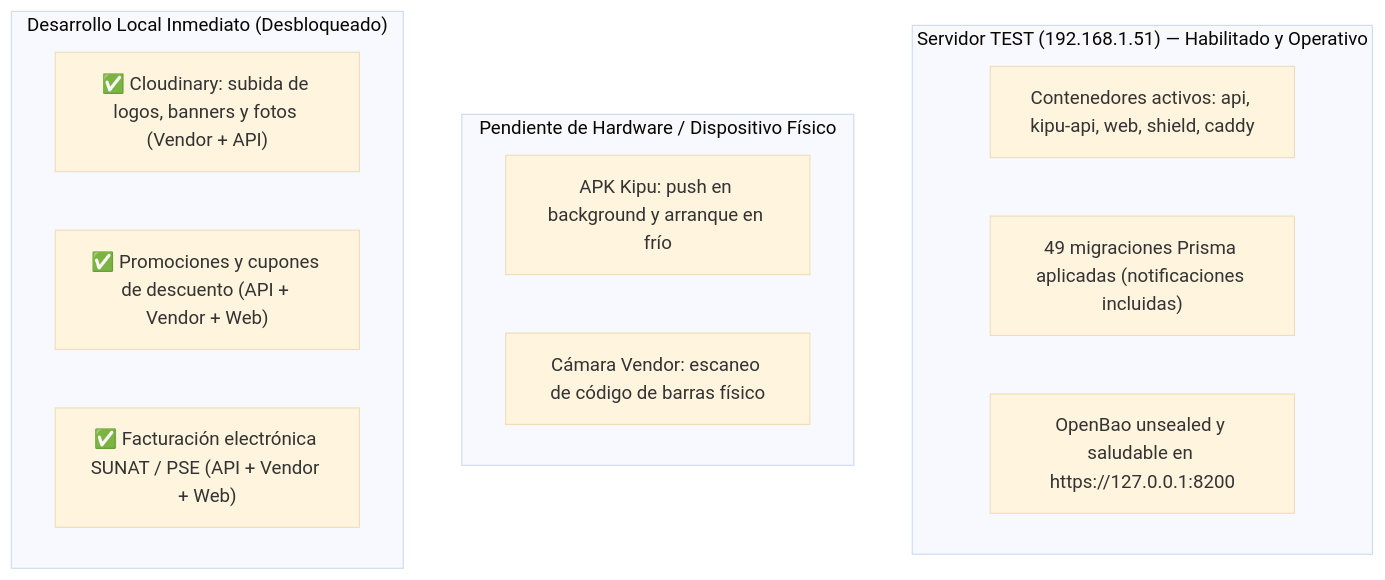
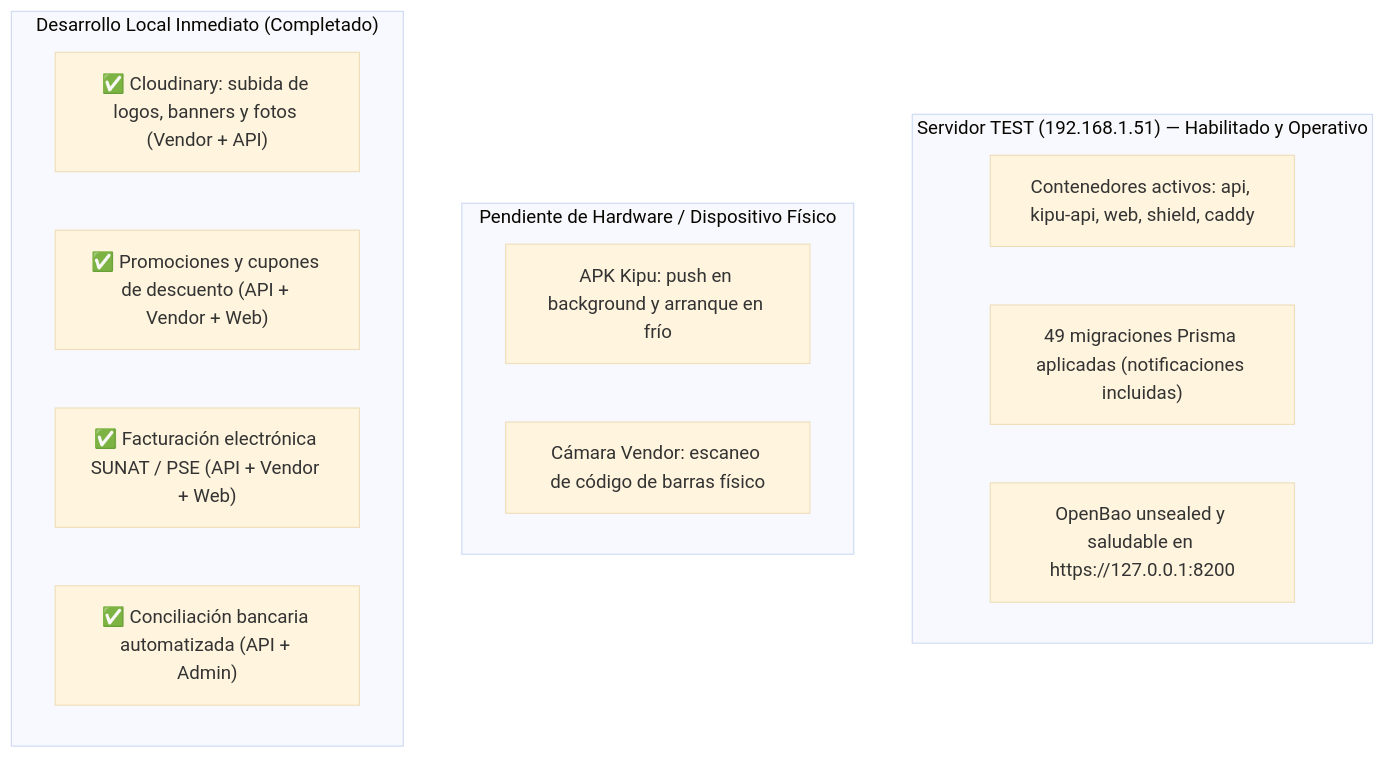
Before and after one commit to kanoso/ecommcerce-saas-sonet: the diagram in DOCS/PENDIENTES_DOCUMENTACION.md, drawn with Mermaid (base theme). The commit also changed other lines of this file, not shown here.

````diff
--- a/DOCS/PENDIENTES_DOCUMENTACION.md
+++ b/DOCS/PENDIENTES_DOCUMENTACION.md
@@ -11,19 +11,20 @@
 ```mermaid
 flowchart TD
     subgraph Servidor_TEST ["Servidor TEST (192.168.1.51) — Habilitado y Operativo"]
         T1["Contenedores activos: api, kipu-api, web, shield, caddy"]
         T2["49 migraciones Prisma aplicadas (notificaciones incluidas)"]
         T3["OpenBao unsealed y saludable en https://127.0.0.1:8200"]
     end
 
     subgraph Hardware_Real ["Pendiente de Hardware / Dispositivo Físico"]
         H1["APK Kipu: push en background y arranque en frío"]
         H2["Cámara Vendor: escaneo de código de barras físico"]
     end
 
-    subgraph Desarrollo_Local ["Desarrollo Local Inmediato (Desbloqueado)"]
+    subgraph Desarrollo_Local ["Desarrollo Local Inmediato (Completado)"]
         D1["✅ Cloudinary: subida de logos, banners y fotos (Vendor + API)"]
         D2["✅ Promociones y cupones de descuento (API + Vendor + Web)"]
         D3["✅ Facturación electrónica SUNAT / PSE (API + Vendor + Web)"]
+        D4["✅ Conciliación bancaria automatizada (API + Admin)"]
     end
 ```
````
